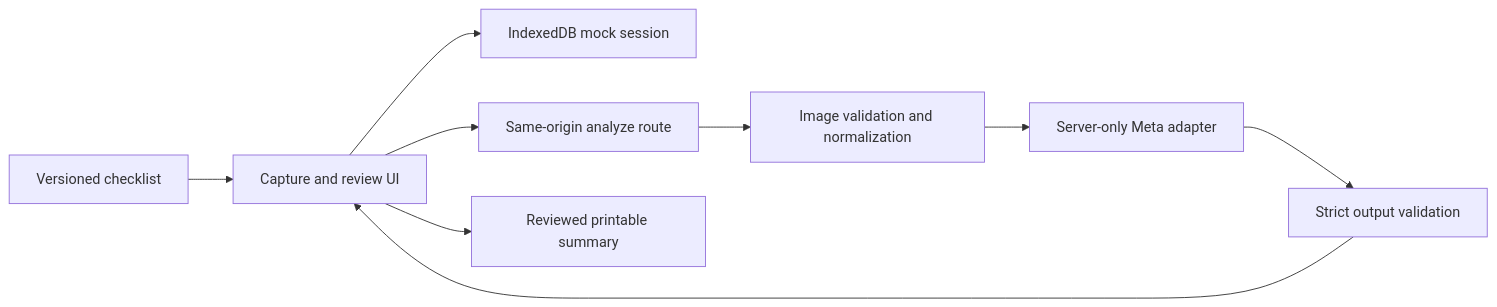
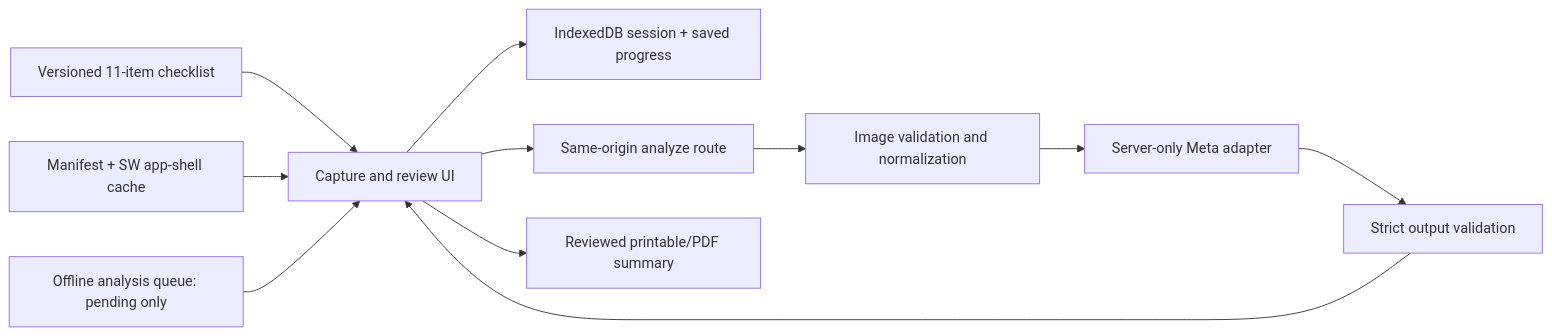
One commit to jd-chiles/meta-inspector changed the diagram in docs/sdd/features/habitability-walkthrough-mvp/02-design.md. Above: the diagram before and after it, drawn with Mermaid. The commit also changed other lines of this file and 30 other files, not shown here.

Commit message:
checkpoint: epoch-3 11-item PWA + wiring repair (14983af3 verified; gate limitations retained)

````diff
--- a/docs/sdd/features/habitability-walkthrough-mvp/02-design.md
+++ b/docs/sdd/features/habitability-walkthrough-mvp/02-design.md
@@ -7,11 +5,12 @@
 ```mermaid
 flowchart LR
-  C[Versioned checklist] --> U[Capture and review UI]
-  U --> I[IndexedDB mock session]
+  C[Versioned 11-item checklist] --> U[Capture and review UI]
+  U --> I[IndexedDB session + saved progress]
   U --> A[Same-origin analyze route]
   A --> V[Image validation and normalization]
   V --> M[Server-only Meta adapter]
   M --> O[Strict output validation]
-  O --> U
-  U --> E[Reviewed printable summary]
+  O --> U --> E[Reviewed printable/PDF summary]
+  PWA[Manifest + SW app-shell cache] --> U
+  Q[Offline analysis queue: pending only] --> U
 ```
````
